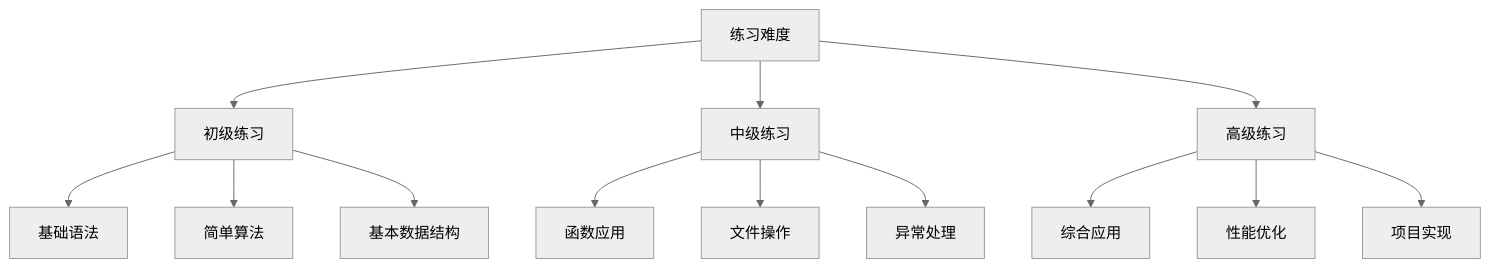
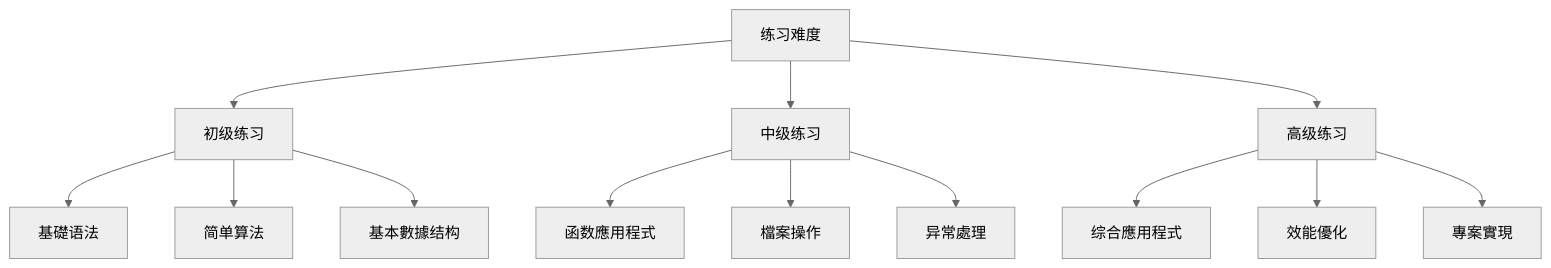
Before and after one commit to kmjade/knowledge-value: the diagram in 3 Resources/01-Tech/Programming/Python/01-基础入门/基础编程练习集.md, drawn with Mermaid (neutral theme). The commit also changed other lines of this file and 653 other files, not shown here.

````diff
--- a/3 Resources/01-Tech/Programming/Python/01-基础入门/基础编程练习集.md
+++ b/3 Resources/01-Tech/Programming/Python/01-基础入门/基础编程练习集.md
@@ -17,18 +17,18 @@
 ```mermaid
 graph TB
     A[练习难度] --> B[初级练习]
     A --> C[中级练习]
     A --> D[高级练习]
     
-    B --> B1[基础语法]
+    B --> B1[基礎语法]
     B --> B2[简单算法]
-    B --> B3[基本数据结构]
+    B --> B3[基本數據结构]
     
-    C --> C1[函数应用]
-    C --> C2[文件操作]
-    C --> C3[异常处理]
+    C --> C1[函数應用程式]
+    C --> C2[檔案操作]
+    C --> C3[异常處理]
     
-    D --> D1[综合应用]
-    D --> D2[性能优化]
-    D --> D3[项目实现]
+    D --> D1[综合應用程式]
+    D --> D2[效能優化]
+    D --> D3[專案實現]
 ```
````
